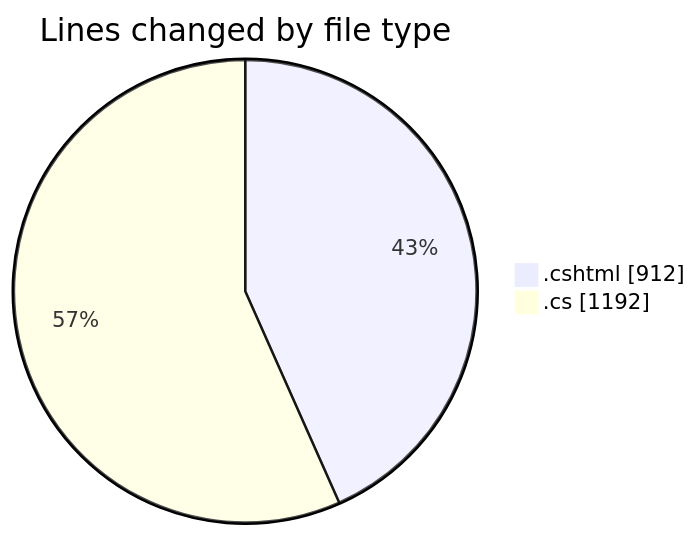
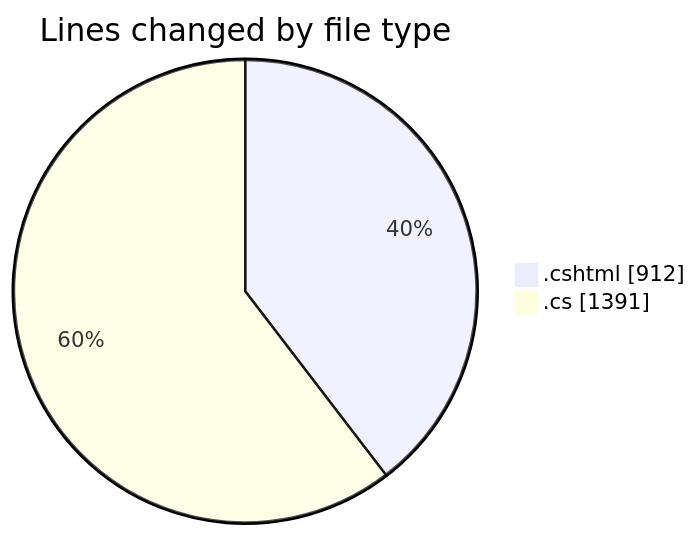
Before and after one commit to lephambinh05/code-tracking: the first of 2 diagrams in 2025-07-17/nhahang/README.md, drawn with Mermaid. The commit also changed other lines of this file and 1 other file, not shown here.

````diff
--- a/2025-07-17/nhahang/README.md
+++ b/2025-07-17/nhahang/README.md
@@ -49,6 +49,6 @@
 ```mermaid
 pie showData
 title Lines changed by file type
 ".cshtml" : 912
-".cs" : 1192
+".cs" : 1391
 ```
````
